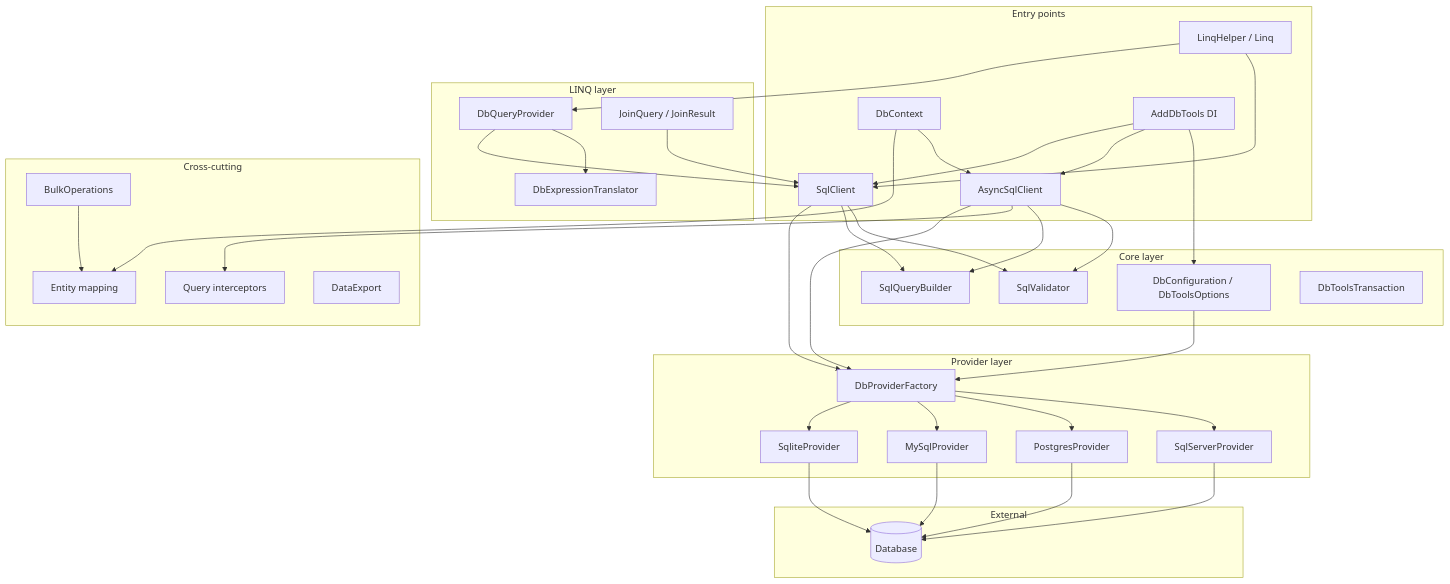
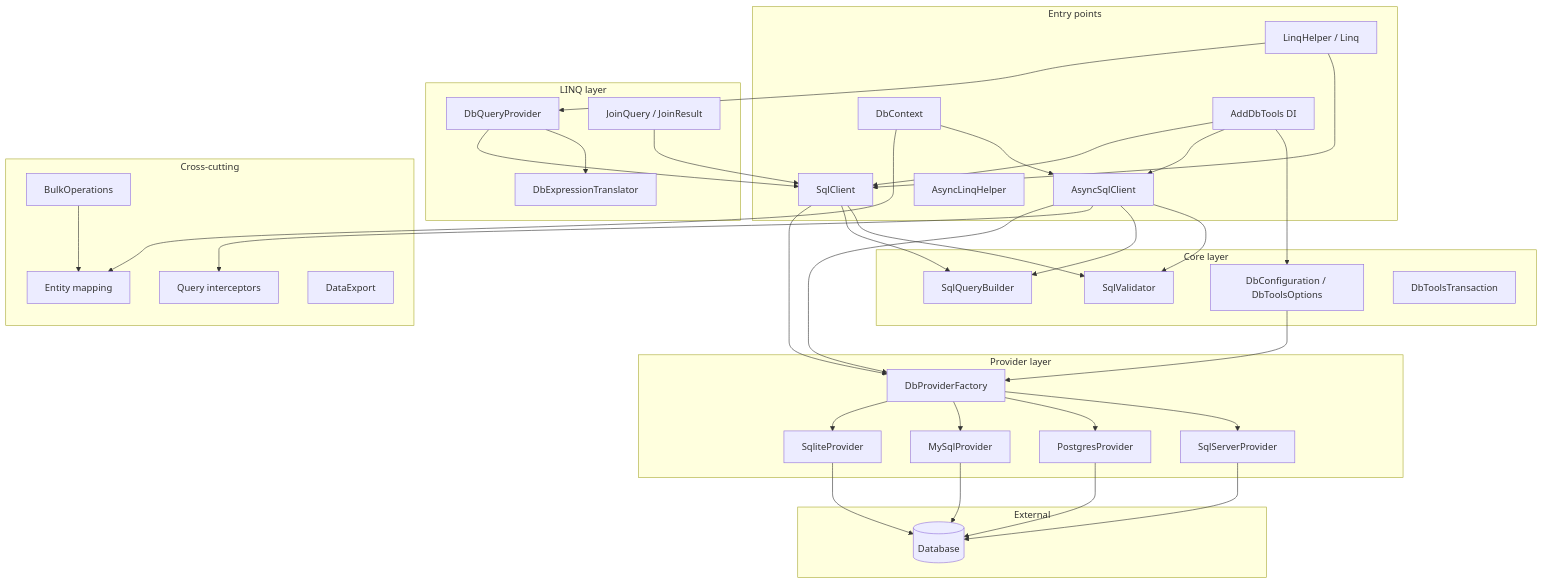
Before and after one commit to gednt/DBTools_SQL: the diagram in docs/ARCHITECTURE.md, drawn with Mermaid. The commit also changed other lines of this file and 3 other files, not shown here.

First line of the commit message:
docs: document AsyncLinqHelper async CRUD and usage patterns

````diff
--- a/docs/ARCHITECTURE.md
+++ b/docs/ARCHITECTURE.md
@@ -13,70 +13,71 @@
 ```mermaid
 graph TD
     subgraph EntryPoints["Entry points"]
         SC[SqlClient]
         ASC[AsyncSqlClient]
         LH[LinqHelper / Linq]
+        ALH[AsyncLinqHelper]
         DC[DbContext]
         DI[AddDbTools DI]
     end
 
     subgraph Core["Core layer"]
         CFG[DbConfiguration / DbToolsOptions]
         VAL[SqlValidator]
         QB[SqlQueryBuilder]
         TX[DbToolsTransaction]
     end
 
     subgraph LinqLayer["LINQ layer"]
         DQP[DbQueryProvider]
         DET[DbExpressionTranslator]
         JQ[JoinQuery / JoinResult]
     end
 
     subgraph CrossCutting["Cross-cutting"]
         INT[Query interceptors]
         MAP[Entity mapping]
         BULK[BulkOperations]
         EXP[DataExport]
     end
 
     subgraph Providers["Provider layer"]
         PF[DbProviderFactory]
         SS[SqlServerProvider]
         PG[PostgresProvider]
         MY[MySqlProvider]
         SL[SqliteProvider]
     end
 
     subgraph External["External"]
         DB[(Database)]
     end
 
     DI --> CFG
     DI --> ASC
     DI --> SC
     LH --> SC
     DC --> ASC
     SC --> VAL
     SC --> QB
     ASC --> VAL
     ASC --> QB
     ASC --> INT
     LH --> DQP
     DQP --> DET
     DQP --> SC
     JQ --> SC
     DC --> MAP
     BULK --> MAP
     CFG --> PF
     PF --> SS
     PF --> PG
     PF --> MY
     PF --> SL
     SC --> PF
     ASC --> PF
     SS --> DB
     PG --> DB
     MY --> DB
     SL --> DB
 ```
````
